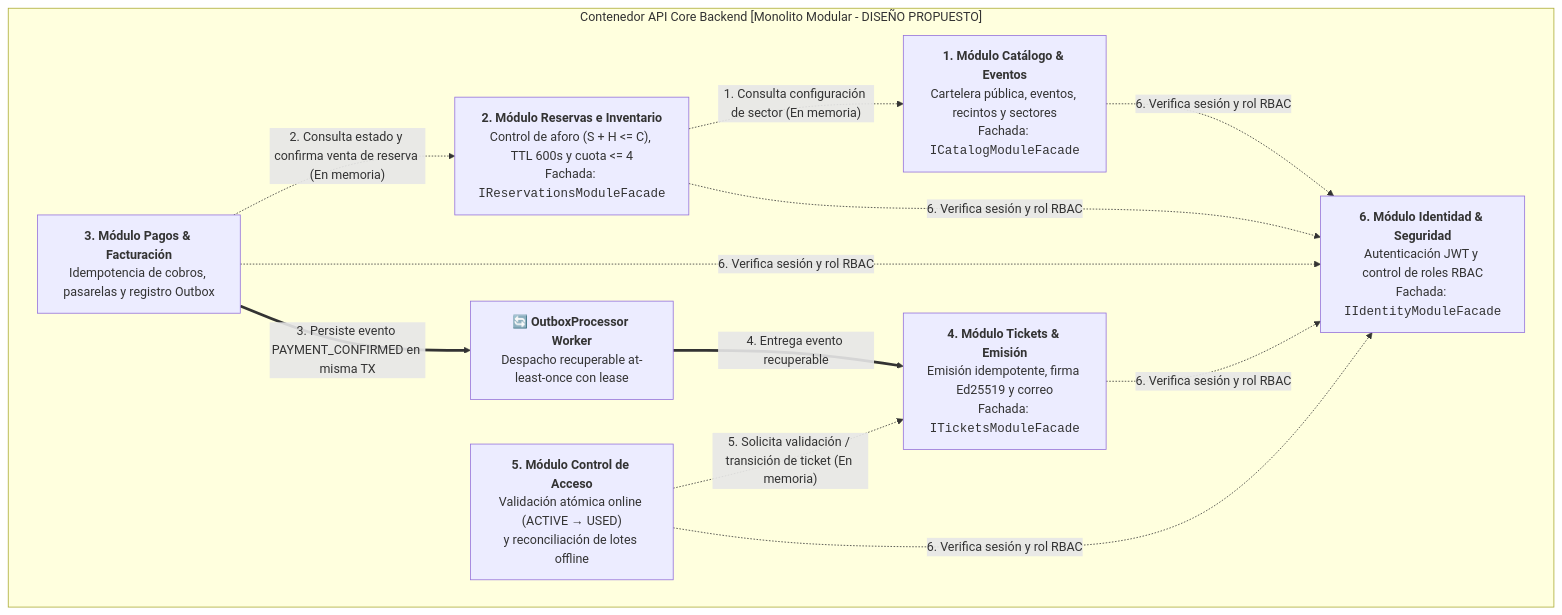
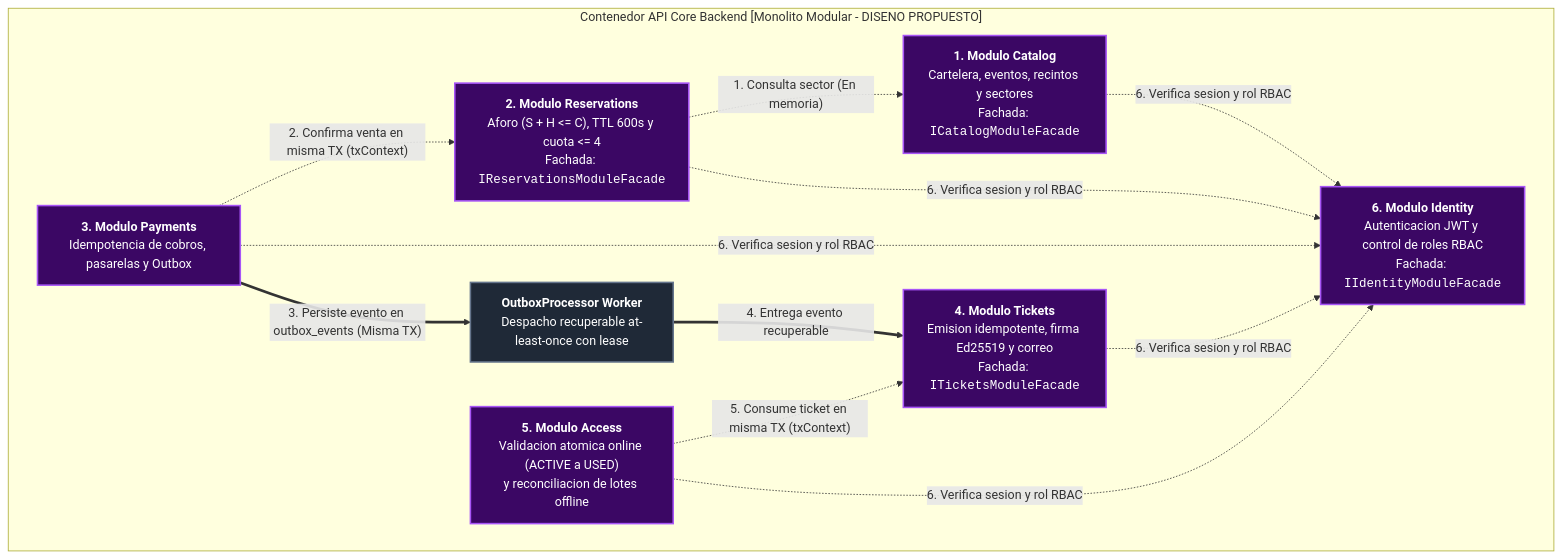
Before and after one commit to CARDBELL96/AFORO: the diagram in docs/02-arquitectura-software/componentes-arquitectonicos.md, drawn with Mermaid. The commit also changed other lines of this file and 15 other files, not shown here.

Commit message:
docs: refine hexagonal architecture and redesign C4 diagrams

````diff
--- a/docs/02-arquitectura-software/componentes-arquitectonicos.md
+++ b/docs/02-arquitectura-software/componentes-arquitectonicos.md
@@ -17,19 +17,24 @@
 ```mermaid
 flowchart TD
-    subgraph API_CORE["Contenedor API Core Backend [Monolito Modular - DISEÑO PROPUESTO]"]
-        M1["<b>1. Módulo Catálogo & Eventos</b><br/>Cartelera pública, eventos, recintos y sectores<br/>Fachada: <code>ICatalogModuleFacade</code>"]
-        M2["<b>2. Módulo Reservas e Inventario</b><br/>Control de aforo (S + H &lt;= C), TTL 600s y cuota &lt;= 4<br/>Fachada: <code>IReservationsModuleFacade</code>"]
-        M3["<b>3. Módulo Pagos & Facturación</b><br/>Idempotencia de cobros, pasarelas y registro Outbox"]
-        OUTBOX["🔄 <b>OutboxProcessor Worker</b><br/>Despacho recuperable at-least-once con lease"]
-        M4["<b>4. Módulo Tickets & Emisión</b><br/>Emisión idempotente, firma Ed25519 y correo<br/>Fachada: <code>ITicketsModuleFacade</code>"]
-        M5["<b>5. Módulo Control de Acceso</b><br/>Validación atómica online (ACTIVE → USED)<br/>y reconciliación de lotes offline"]
-        M6["<b>6. Módulo Identidad & Seguridad</b><br/>Autenticación JWT y control de roles RBAC<br/>Fachada: <code>IIdentityModuleFacade</code>"]
+    subgraph API_CORE["Contenedor API Core Backend [Monolito Modular - DISENO PROPUESTO]"]
+        M1["<b>1. Modulo Catalog</b><br/>Cartelera, eventos, recintos y sectores<br/>Fachada: <code>ICatalogModuleFacade</code>"]
+        M2["<b>2. Modulo Reservations</b><br/>Aforo (S + H &lt;= C), TTL 600s y cuota &lt;= 4<br/>Fachada: <code>IReservationsModuleFacade</code>"]
+        M3["<b>3. Modulo Payments</b><br/>Idempotencia de cobros, pasarelas y Outbox"]
+        OUTBOX["<b>OutboxProcessor Worker</b><br/>Despacho recuperable at-least-once con lease"]
+        M4["<b>4. Modulo Tickets</b><br/>Emision idempotente, firma Ed25519 y correo<br/>Fachada: <code>ITicketsModuleFacade</code>"]
+        M5["<b>5. Modulo Access</b><br/>Validacion atomica online (ACTIVE a USED)<br/>y reconciliacion de lotes offline"]
+        M6["<b>6. Modulo Identity</b><br/>Autenticacion JWT y control de roles RBAC<br/>Fachada: <code>IIdentityModuleFacade</code>"]
     end
 
-    M2 -.->|"1. Consulta configuración de sector (En memoria)"| M1
-    M3 -.->|"2. Consulta estado y confirma venta de reserva (En memoria)"| M2
-    M3 ==>|"3. Persiste evento PAYMENT_CONFIRMED en misma TX"| OUTBOX
+    M2 -.->|"1. Consulta sector (En memoria)"| M1
+    M3 -.->|"2. Confirma venta en misma TX (txContext)"| M2
+    M3 ==>|"3. Persiste evento en outbox_events (Misma TX)"| OUTBOX
     OUTBOX ==>|"4. Entrega evento recuperable"| M4
-    M5 -.->|"5. Solicita validación / transición de ticket (En memoria)"| M4
-    M1 & M2 & M3 & M4 & M5 -.->|"6. Verifica sesión y rol RBAC"| M6
+    M5 -.->|"5. Consume ticket en misma TX (txContext)"| M4
+    M1 & M2 & M3 & M4 & M5 -.->|"6. Verifica sesion y rol RBAC"| M6
+
+    classDef app fill:#3b0764,stroke:#a855f7,stroke-width:2px,color:#ffffff;
+    classDef infra fill:#1f2937,stroke:#64748b,stroke-width:2px,color:#ffffff;
+    class M1,M2,M3,M4,M5,M6 app;
+    class OUTBOX infra;
 ```
````
